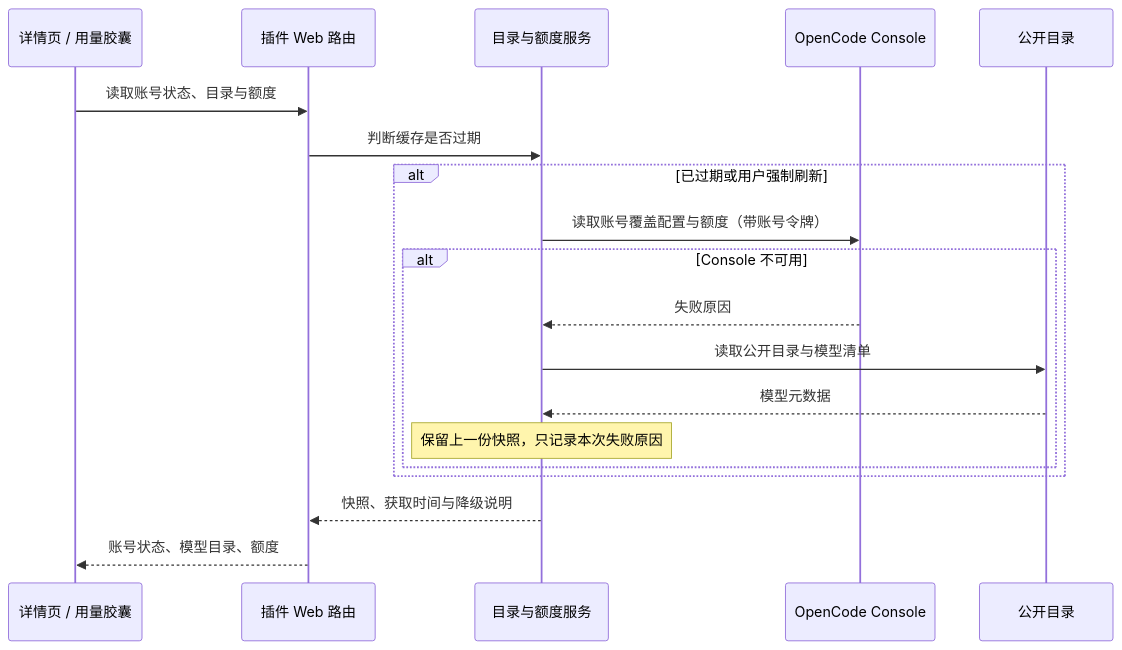
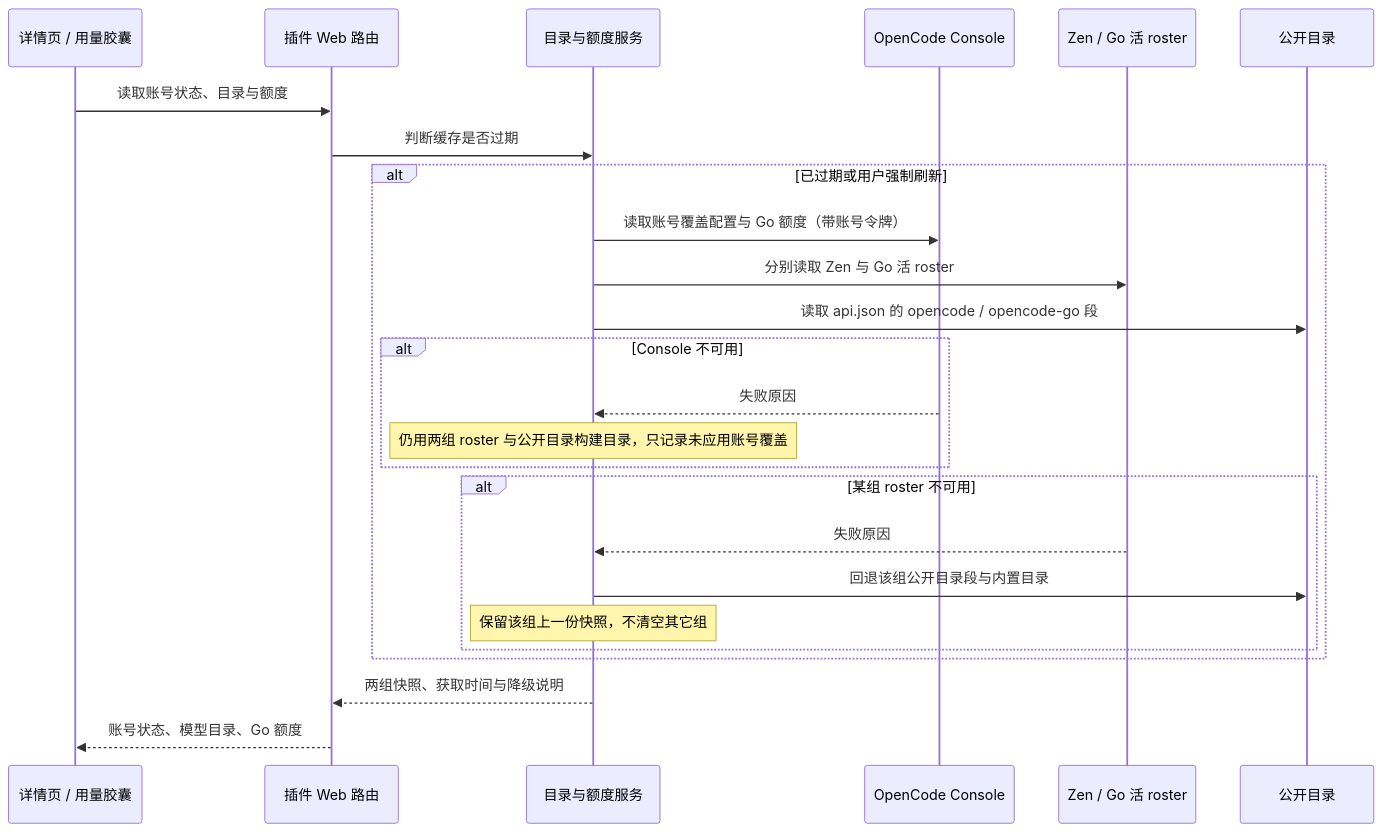
Before and after one commit to FNOSP/fnos-dsh: the fourth of 5 diagrams in docs/plans/PLAN-FNOS-026-dsh-opencode-plugin.md, drawn with Mermaid. The commit also changed other lines of this file and 32 other files, not shown here.

First line of the commit message:
feat(opencode): 拆分 Zen/Go 双供应商，修复路由冲突并重做模型列表

````diff
--- a/docs/plans/PLAN-FNOS-026-dsh-opencode-plugin.md
+++ b/docs/plans/PLAN-FNOS-026-dsh-opencode-plugin.md
@@ -101,21 +146,27 @@
 ```mermaid
 sequenceDiagram
   participant UI as 详情页 / 用量胶囊
   participant Routes as 插件 Web 路由
   participant Service as 目录与额度服务
   participant Console as OpenCode Console
+  participant Roster as Zen / Go 活 roster
   participant Public as 公开目录
   UI->>Routes: 读取账号状态、目录与额度
   Routes->>Service: 判断缓存是否过期
   alt 已过期或用户强制刷新
-    Service->>Console: 读取账号覆盖配置与额度（带账号令牌）
+    Service->>Console: 读取账号覆盖配置与 Go 额度（带账号令牌）
+    Service->>Roster: 分别读取 Zen 与 Go 活 roster
+    Service->>Public: 读取 api.json 的 opencode / opencode-go 段
     alt Console 不可用
       Console-->>Service: 失败原因
-      Service->>Public: 读取公开目录与模型清单
-      Public-->>Service: 模型元数据
-      Note over Service: 保留上一份快照，只记录本次失败原因
+      Note over Service: 仍用两组 roster 与公开目录构建目录，只记录未应用账号覆盖
+    end
+    alt 某组 roster 不可用
+      Roster-->>Service: 失败原因
+      Service->>Public: 回退该组公开目录段与内置目录
+      Note over Service: 保留该组上一份快照，不清空其它组
     end
   end
-  Service-->>Routes: 快照、获取时间与降级说明
-  Routes-->>UI: 账号状态、模型目录、额度
+  Service-->>Routes: 两组快照、获取时间与降级说明
+  Routes-->>UI: 账号状态、模型目录、Go 额度
 ```
````
